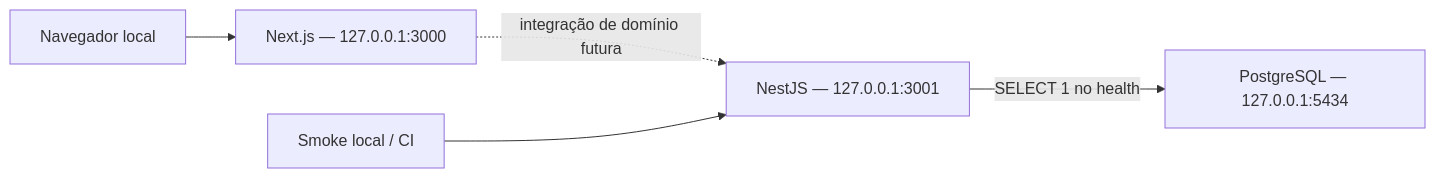
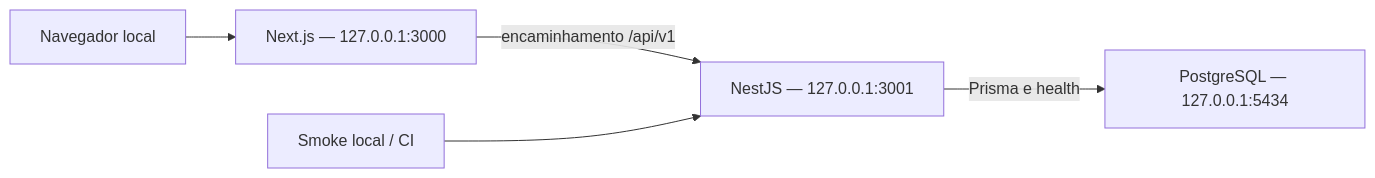
The diagram in docs/architecture.md (samuel-dsev/filaretti), drawn with Mermaid before and after one commit. The commit also changed other lines of this file and 63 other files, not shown here.

First line of the commit message:
feat(api): implementa banco, autenticação e domínio (v0.2.0)

````diff
--- a/docs/architecture.md
+++ b/docs/architecture.md
@@ -42,7 +42,7 @@
 ```mermaid
 flowchart LR
   browser[Navegador local] --> web[Next.js — 127.0.0.1:3000]
-  web -. integração de domínio futura .-> api[NestJS — 127.0.0.1:3001]
+  web -->|encaminhamento /api/v1| api[NestJS — 127.0.0.1:3001]
   operator[Smoke local / CI] --> api
-  api -->|SELECT 1 no health| db[PostgreSQL — 127.0.0.1:5434]
+  api -->|Prisma e health| db[PostgreSQL — 127.0.0.1:5434]
 ```
````
